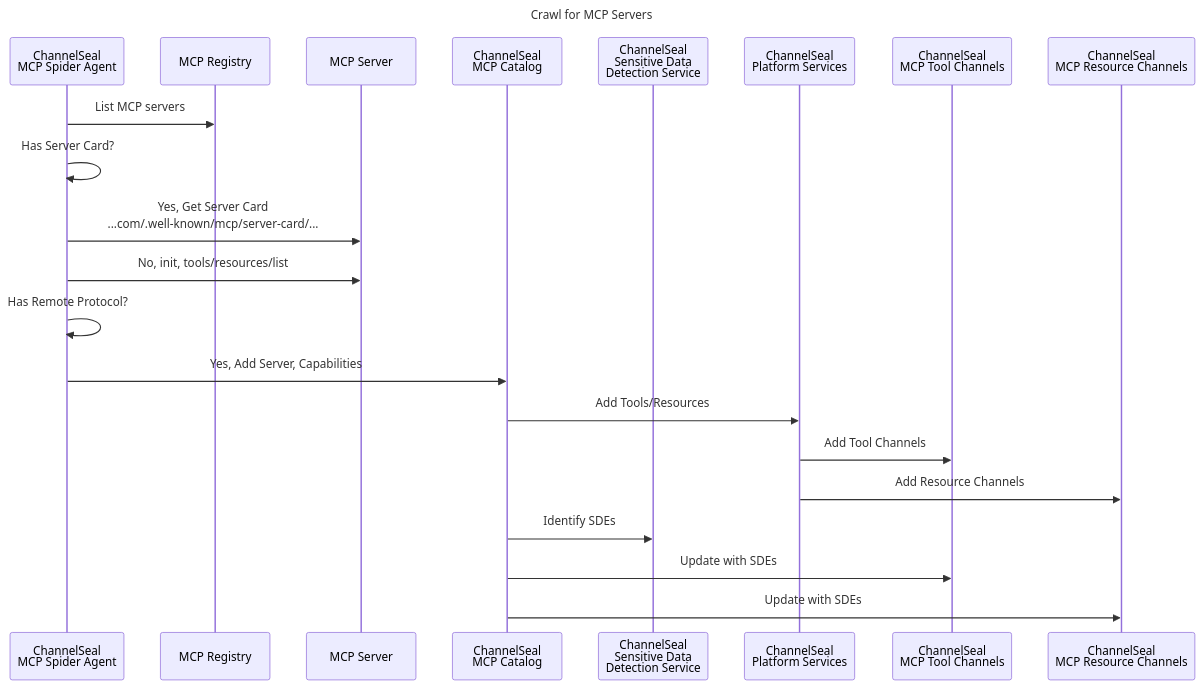
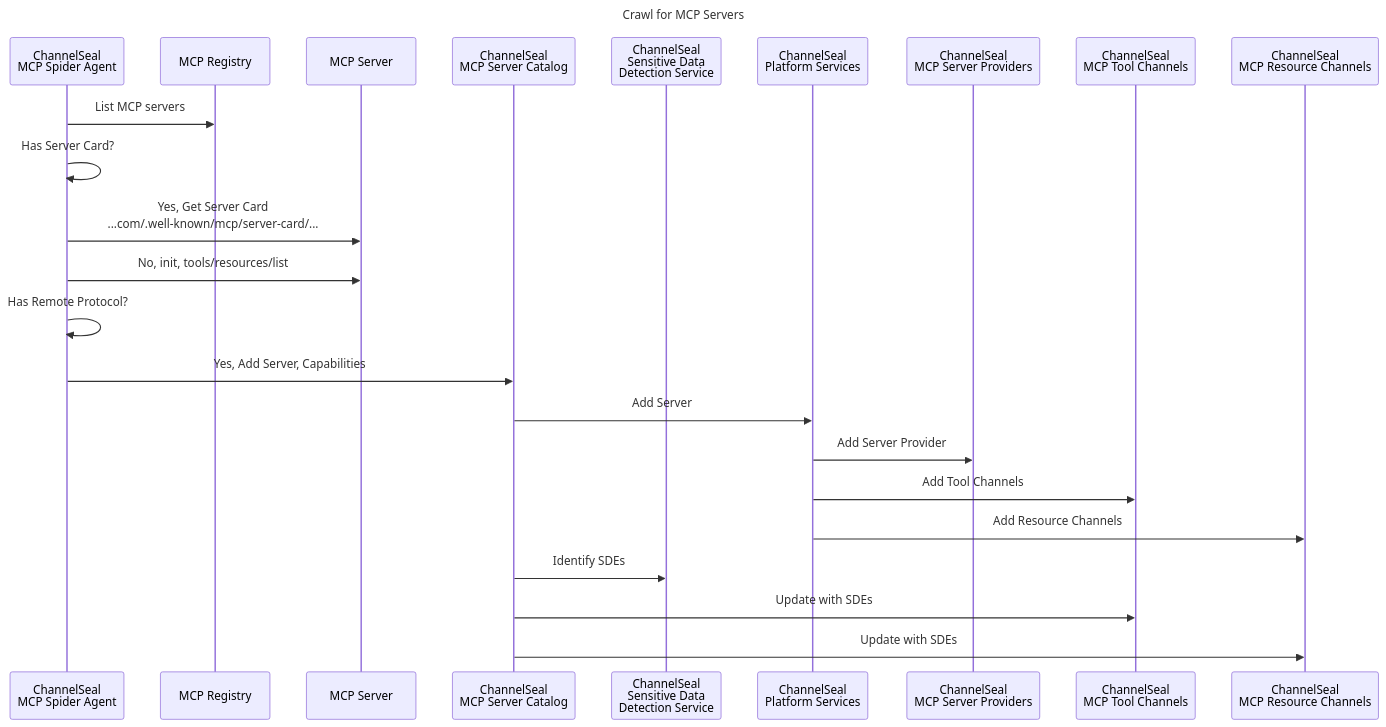
One commit to sdatapix/tinkering changed the sixth of 8 diagrams in mcp/mcp-index/README.md. Above: the diagram before and after it, drawn with Mermaid. The commit also changed other lines of this file, not shown here.

````diff
--- a/mcp/mcp-index/README.md
+++ b/mcp/mcp-index/README.md
@@ -807,29 +805,31 @@
 ```mermaid
 ---
 title: Crawl for MCP Servers
 ---
 sequenceDiagram
 
     participant CSA as ChannelSeal <br>MCP Spider Agent
     participant MR as MCP Registry
     participant MS as MCP Server
-    participant CMC as ChannelSeal <br>MCP Catalog
+    participant CMC as ChannelSeal <br>MCP Server Catalog
     participant CSDS as ChannelSeal <br>Sensitive Data <br>Detection Service
     participant CPS as ChannelSeal <br>Platform Services
+    participant CMSP as ChannelSeal <br>MCP Server Providers
     participant CMTC as ChannelSeal <br>MCP Tool Channels
     participant CMRC as ChannelSeal <br>MCP Resource Channels
     
     CSA->>MR: List MCP servers
     CSA->>CSA: Has Server Card?
     CSA->>MS: Yes, Get Server Card <br>...com/.well-known/mcp/server-card/...
     CSA->>MS: No, init, tools/resources/list
     CSA->>CSA: Has Remote Protocol?
     CSA->>CMC: Yes, Add Server, Capabilities
-    CMC->>CPS: Add Tools/Resources
+    CMC->>CPS: Add Server
+    CPS->>CMSP: Add Server Provider
     CPS->>CMTC: Add Tool Channels
     CPS->>CMRC: Add Resource Channels
     CMC->>CSDS: Identify SDEs
     CMC->>CMTC: Update with SDEs
     CMC->>CMRC: Update with SDEs
 
 ```
````
